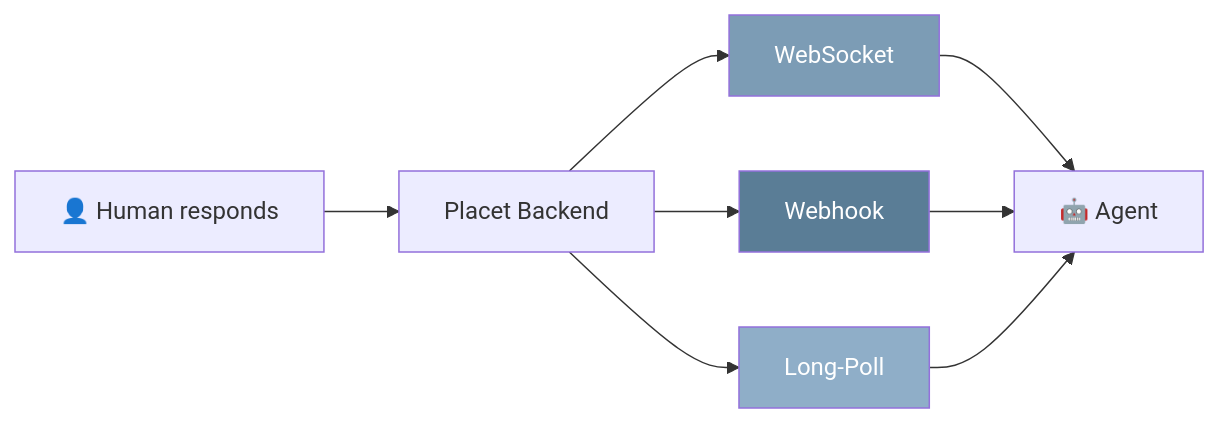
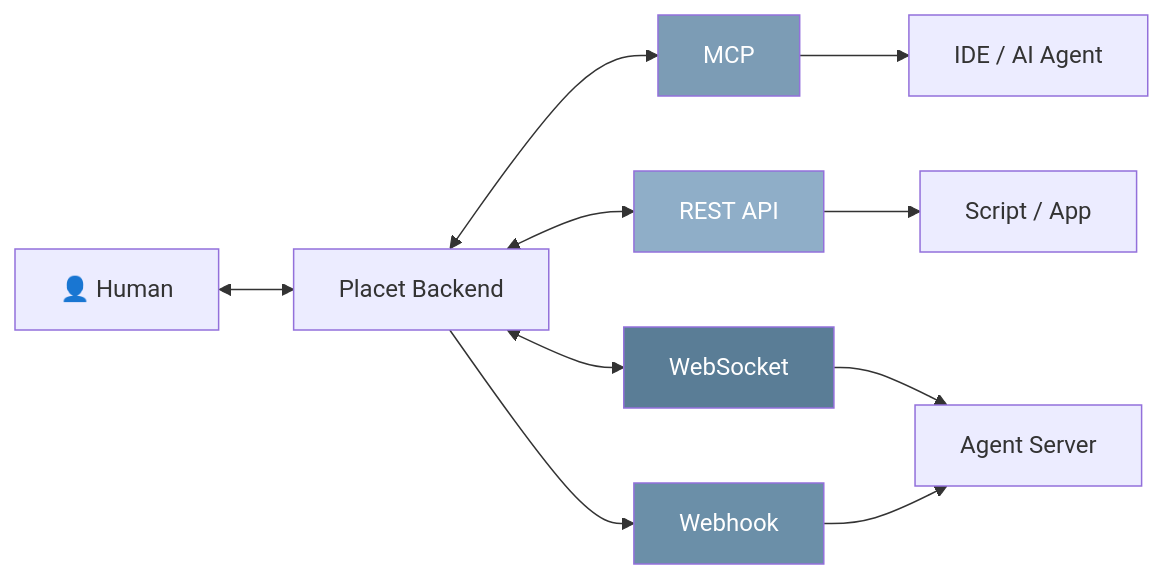
The diagram in docs/concepts/connection-types.mdx (placet-io/placet), drawn with Mermaid before and after one commit. The commit also changed other lines of this file and 60 other files, not shown here.

Commit message:
api: switch agent API auth to x-api-key, feat: add MCP server, docs: new pages for connections and updated api docs

````diff
--- a/docs/concepts/connection-types.mdx
+++ b/docs/concepts/connection-types.mdx
@@ -8,14 +8,17 @@
 ```mermaid
 flowchart LR
-    Human["👤 Human responds"] --> Backend["Placet Backend"]
-    Backend --> WS["WebSocket"]
+    Human["👤 Human"] <--> Backend["Placet Backend"]
+    Backend <--> MCP["MCP"]
+    Backend <--> REST["REST API"]
+    Backend <--> WS["WebSocket"]
     Backend --> WH["Webhook"]
-    Backend --> LP["Long-Poll"]
-    WS --> Agent["🤖 Agent"]
-    WH --> Agent
-    LP --> Agent
+    MCP --> IDE["IDE / AI Agent"]
+    REST --> Script["Script / App"]
+    WS --> Server["Agent Server"]
+    WH --> Server
 
-    style WS fill:#7c9cb5,color:#fff
-    style WH fill:#5a7d96,color:#fff
-    style LP fill:#8faec8,color:#fff
+    style MCP fill:#7c9cb5,color:#fff
+    style REST fill:#8faec8,color:#fff
+    style WS fill:#5a7d96,color:#fff
+    style WH fill:#6b8fa8,color:#fff
 ```
````
